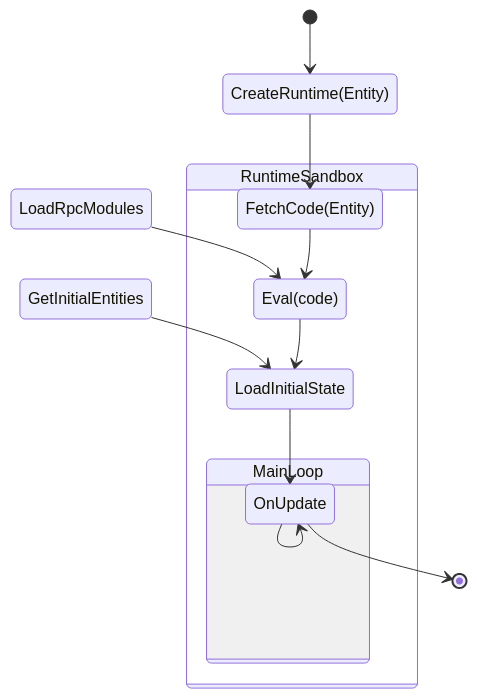
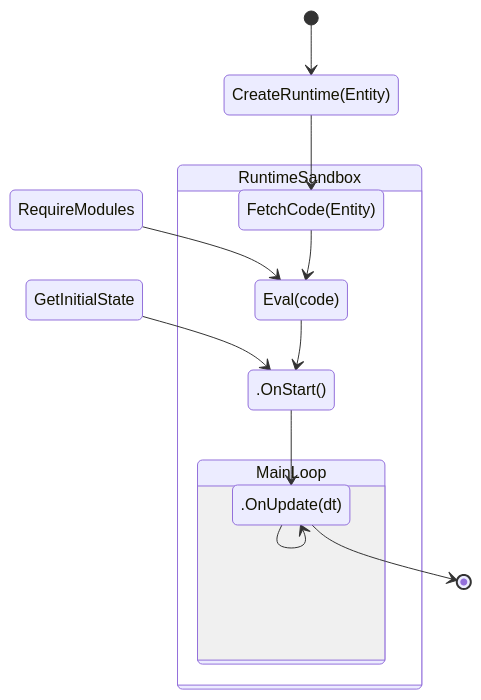
Before and after one commit to decentraland/adr: the first of 2 diagrams in content/ADR-133-scene-runtime.md, drawn with Mermaid. The commit also changed other lines of this file, not shown here.

Commit message:
update ADR-133 to reflect implemented semantics

````diff
--- a/content/ADR-133-scene-runtime.md
+++ b/content/ADR-133-scene-runtime.md
@@ -31,25 +31,25 @@
 ```mermaid
 stateDiagram
     [*] --> CreateRuntime(Entity)
 
     CreateRuntime(Entity) --> FetchCode(Entity)
 
-    LoadRpcModules --> Eval(code)
-    GetInitialEntities --> LoadInitialState
+    RequireModules --> Eval(code)
+    GetInitialState --> .OnStart()
 
     state RuntimeSandbox {
       FetchCode(Entity) --> Eval(code)
 
-    LoadInitialState
-    Eval(code) --> LoadInitialState
+    .OnStart()
+    Eval(code) --> .OnStart()
 
-      LoadInitialState --> OnUpdate
+      .OnStart() --> .OnUpdate(dt)
 
 
       state MainLoop {
-        OnUpdate --> OnUpdate
+        .OnUpdate(dt) --> .OnUpdate(dt)
       }
     }
 
-    OnUpdate --> [*]
+    .OnUpdate(dt) --> [*]
 ```
````
